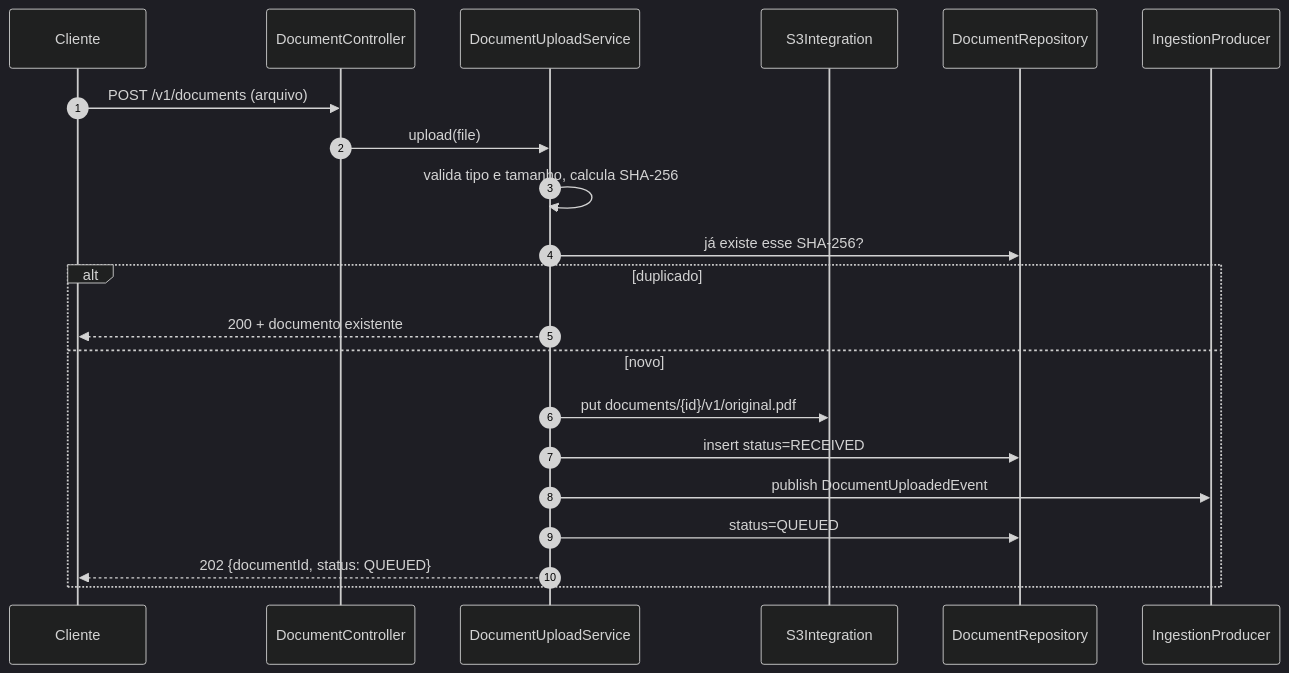
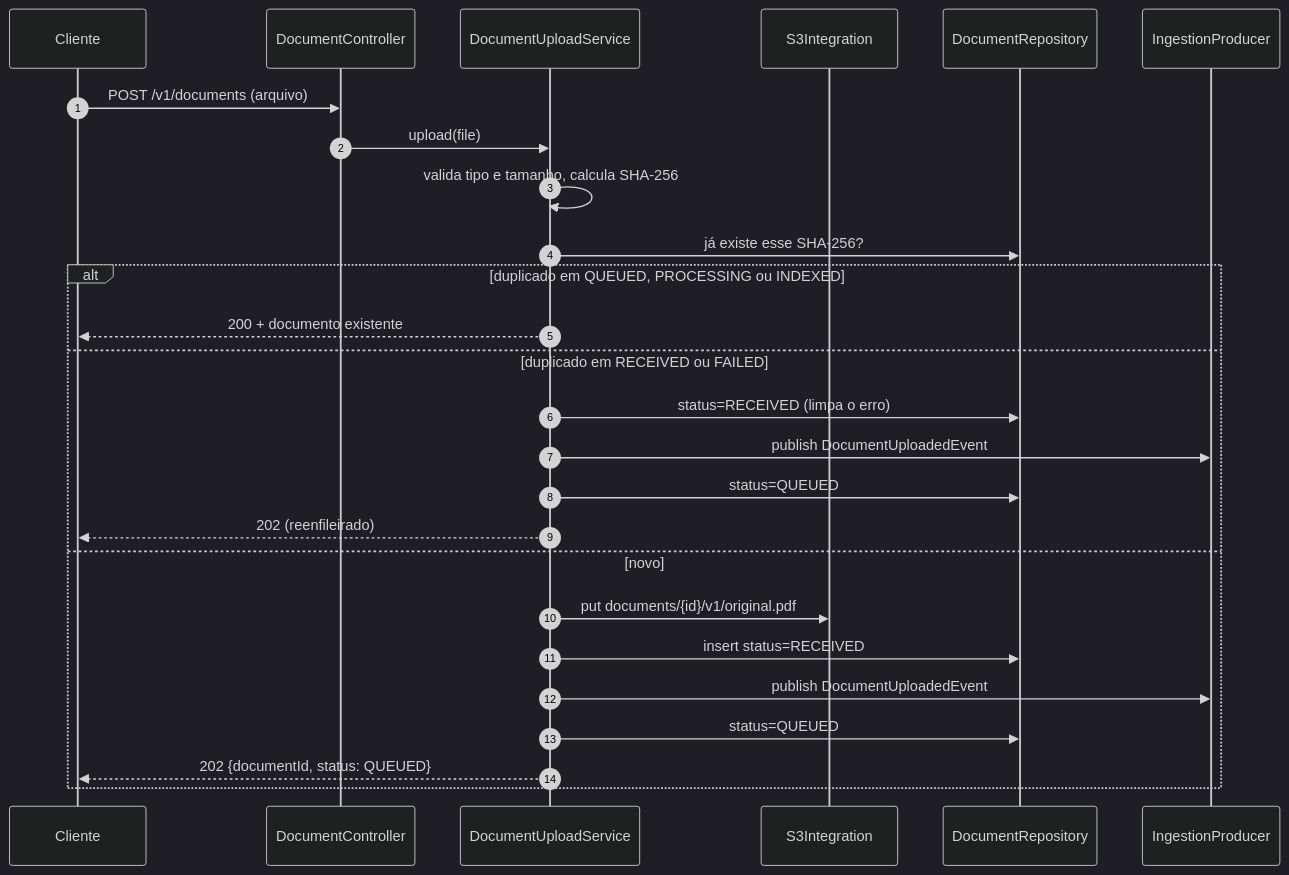
One commit to AndrewsSouz/domain-knowledge-ai changed the second of 4 diagrams in docs/arquitetura.md. Above: the diagram before and after it, drawn with Mermaid (dark theme). The commit also changed other lines of this file and 5 other files, not shown here.

````diff
--- a/docs/arquitetura.md
+++ b/docs/arquitetura.md
@@ -64,23 +68,28 @@
 ```mermaid
 sequenceDiagram
     autonumber
     participant C as Cliente
     participant API as DocumentController
     participant U as DocumentUploadService
     participant S3 as S3Integration
     participant DB as DocumentRepository
     participant P as IngestionProducer
     C->>API: POST /v1/documents (arquivo)
     API->>U: upload(file)
     U->>U: valida tipo e tamanho, calcula SHA-256
     U->>DB: já existe esse SHA-256?
-    alt duplicado
+    alt duplicado em QUEUED, PROCESSING ou INDEXED
         U-->>C: 200 + documento existente
+    else duplicado em RECEIVED ou FAILED
+        U->>DB: status=RECEIVED (limpa o erro)
+        U->>P: publish DocumentUploadedEvent
+        U->>DB: status=QUEUED
+        U-->>C: 202 (reenfileirado)
     else novo
         U->>S3: put documents/{id}/v1/original.pdf
         U->>DB: insert status=RECEIVED
         U->>P: publish DocumentUploadedEvent
         U->>DB: status=QUEUED
         U-->>C: 202 {documentId, status: QUEUED}
     end
 ```
````
